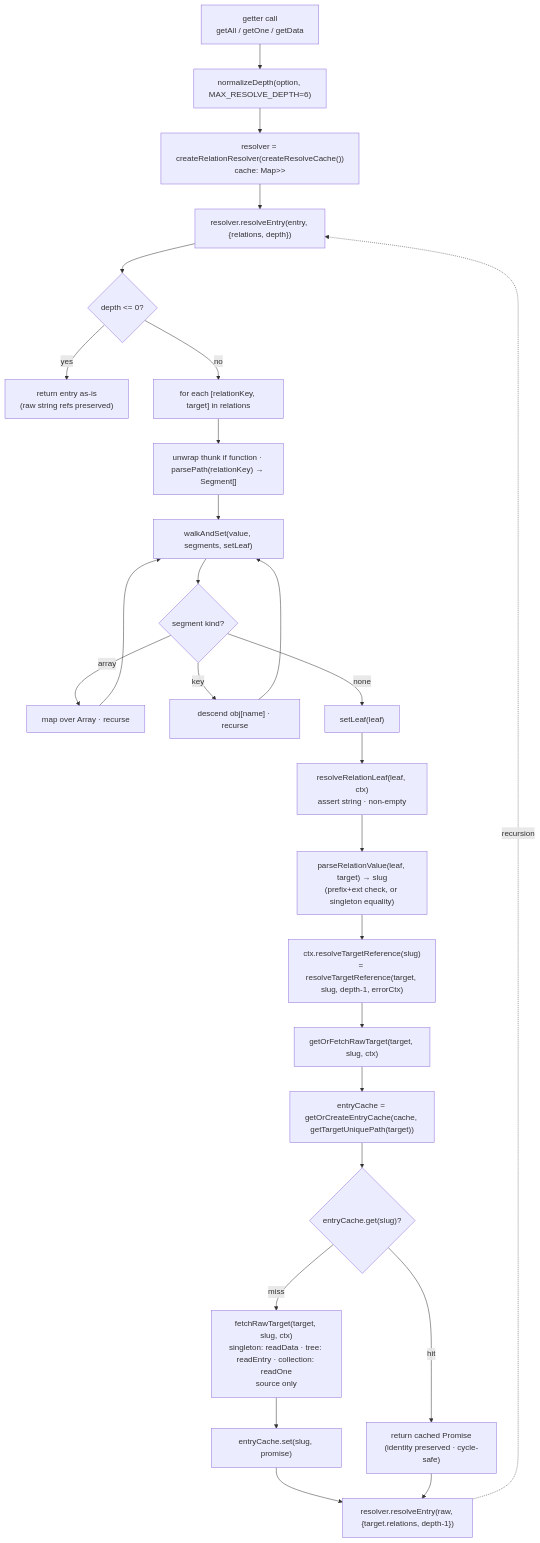
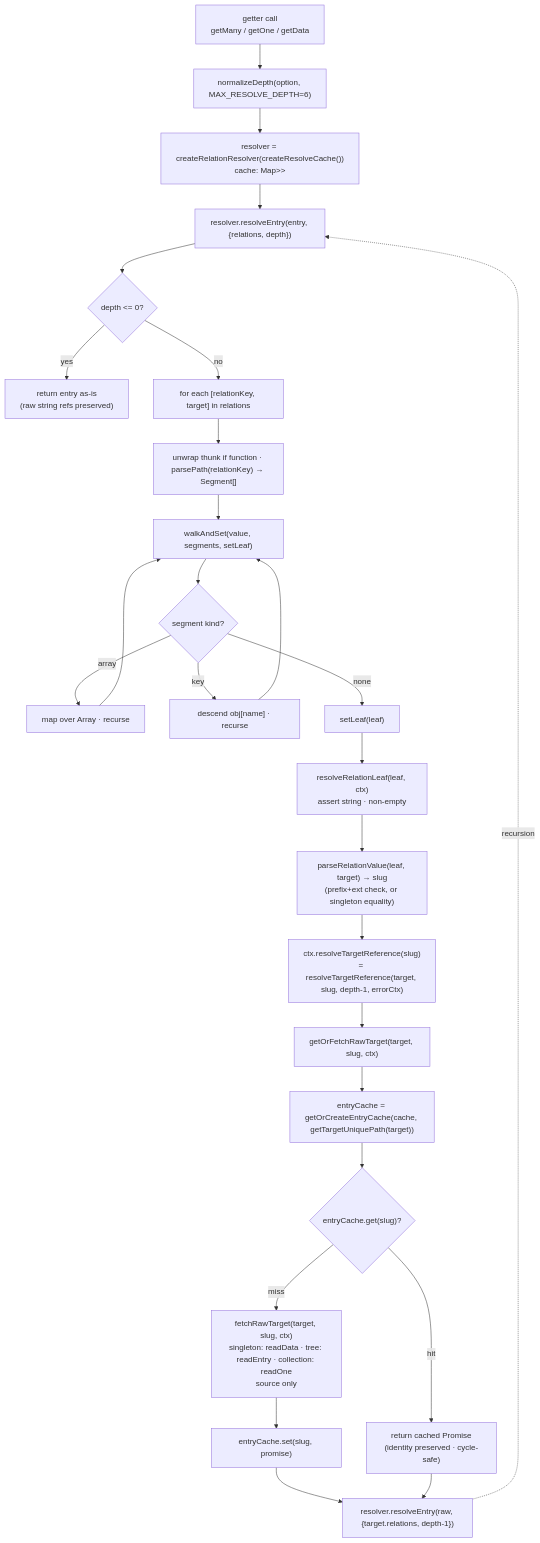
Before and after one commit to CharlyMartin/qino: the first of 2 diagrams in specs/05-relationships.md, drawn with Mermaid. The commit also changed other lines of this file and 33 other files, not shown here.

First line of the commit message:
refactor: rename getAll to getMany in collections and related tests

````diff
--- a/specs/05-relationships.md
+++ b/specs/05-relationships.md
@@ -123,29 +123,29 @@
 ```mermaid
 flowchart TD
-    A["getter call<br/>getAll / getOne / getData"] --> B["normalizeDepth(option, MAX_RESOLVE_DEPTH=6)"]
+    A["getter call<br/>getMany / getOne / getData"] --> B["normalizeDepth(option, MAX_RESOLVE_DEPTH=6)"]
     B --> C["resolver = createRelationResolver(createResolveCache())<br/>cache: Map<targetPath, Map<slug, Promise<AnyEntry>>>"]
     C --> E["resolver.resolveEntry(entry, {relations, depth})"]
     E --> E0{"depth <= 0?"}
     E0 -- yes --> Z["return entry as-is<br/>(raw string refs preserved)"]
     E0 -- no --> F["for each [relationKey, target] in relations"]
     F --> G["unwrap thunk if function · parsePath(relationKey) → Segment[]"]
     G --> I["walkAndSet(value, segments, setLeaf)"]
     I --> J{"segment kind?"}
     J -- array --> K["map over Array<T> · recurse"]
     J -- key --> L["descend obj[name] · recurse"]
     J -- none --> M["setLeaf(leaf)"]
     K --> I
     L --> I
     M --> N["resolveRelationLeaf(leaf, ctx)<br/>assert string · non-empty"]
     N --> O["parseRelationValue(leaf, target) → slug<br/>(prefix+ext check, or singleton equality)"]
     O --> P["ctx.resolveTargetReference(slug)<br/>= resolveTargetReference(target, slug, depth-1, errorCtx)"]
     P --> Q["getOrFetchRawTarget(target, slug, ctx)"]
     Q --> Q1["entryCache = getOrCreateEntryCache(cache, getTargetUniquePath(target))"]
     Q1 --> Q2{"entryCache.get(slug)?"}
     Q2 -- hit --> R["return cached Promise<AnyEntry><br/>(identity preserved · cycle-safe)"]
     Q2 -- miss --> S["fetchRawTarget(target, slug, ctx)<br/>singleton: readData · tree: readEntry · collection: readOne<br/>source only"]
     S --> T["entryCache.set(slug, promise)"]
     T --> U["resolver.resolveEntry(raw, {target.relations, depth-1})"]
     R --> U
     U -. recursion .-> E
 ```
````
